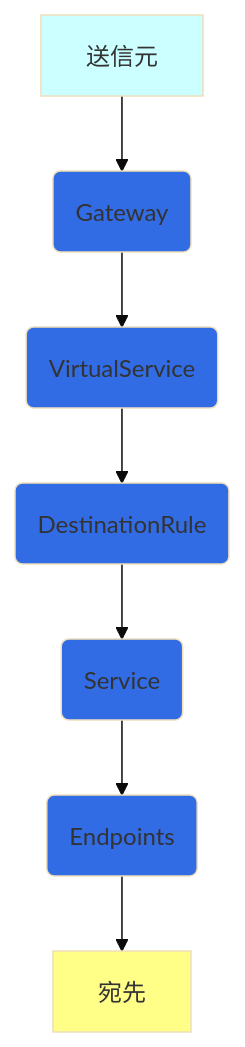
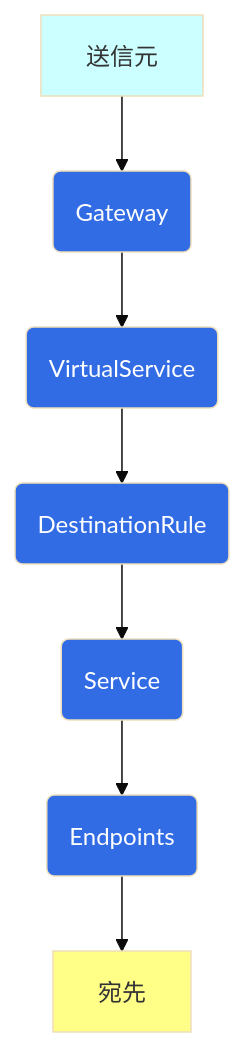
The first of 4 diagrams in dist/draft/【Istio⛵️】IstioによるEnvoyの抽象化.md (hiroki-it/hatenablog), drawn with Mermaid (base theme) before and after one commit. The commit also changed other lines of this file, not shown here.

````diff
--- a/dist/draft/【Istio⛵️】IstioによるEnvoyの抽象化.md
+++ b/dist/draft/【Istio⛵️】IstioによるEnvoyの抽象化.md
@@ -65,18 +65,18 @@
 ```mermaid
 flowchart TD
     送信元 --> Gateway
-    Gateway(Gateway) --> VirtualService
-    VirtualService(VirtualService) --> DestinationRule
-    DestinationRule(DestinationRule) --> Service
-    Service(Service) --> Endpoints
-    Endpoints(Endpoints) --> 宛先
+    Gateway(<font color=white>Gateway) --> VirtualService
+    VirtualService(<font color=white>VirtualService) --> DestinationRule
+    DestinationRule(<font color=white>DestinationRule) --> Service
+    Service(<font color=white>Service) --> Endpoints
+    Endpoints(<font color=white>Endpoints) --> 宛先
 
     classDef sly fill :#CCFFFF;
     class 送信元 sly
 
     classDef yellow fill :#FFFF88;
     class 宛先 yellow
 
     classDef blue fill :#326CE5;
     class Gateway,VirtualService,DestinationRule,Service,Endpoints blue
 ```
````
